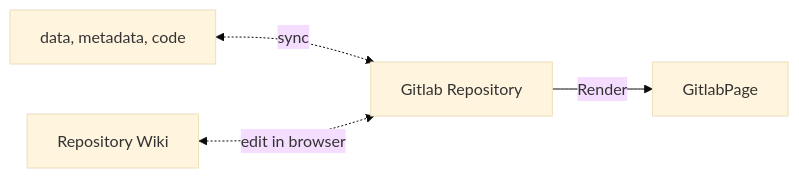
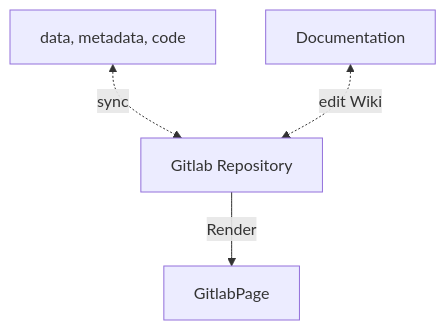
The diagram in Docs/contents/tutorials/Tutorial_Gitlab-0.-Main-workflow.qmd (andrea-farnham/andrea-farnham.github.io), drawn with Mermaid before and after one commit. The commit also changed other lines of this file and 20 other files, not shown here.

````diff
--- a/Docs/contents/tutorials/Tutorial_Gitlab-0.-Main-workflow.qmd
+++ b/Docs/contents/tutorials/Tutorial_Gitlab-0.-Main-workflow.qmd
@@ -29,9 +34,8 @@
 ```{mermaid}
-%%{init: {'theme':'base'}}%%
 
-flowchart LR
+flowchart TD
     A1[data, metadata, code] <.-> |sync| B[Gitlab Repository]
-    B0[Repository Wiki] <.->|edit in browser| B
+    B0[Documentation] <.->|edit Wiki| B
     B --> | Render| C[GitlabPage]
 
 ```
````
